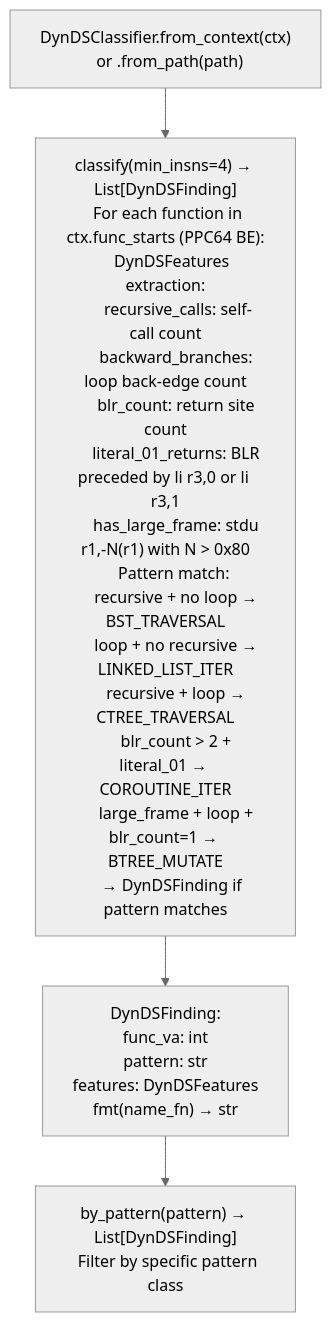
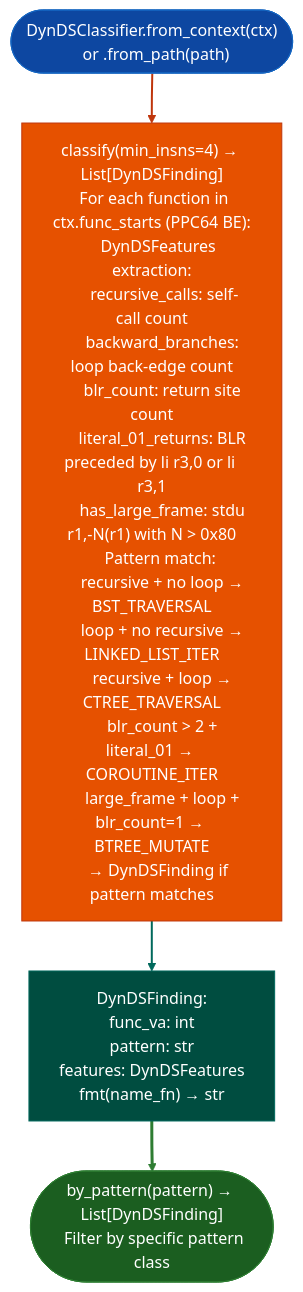
Before and after one commit to Ablation-Tool/ablation: the diagram in docs/reference-modules/crypto-c2-encoding-indicators.md, drawn with Mermaid (neutral theme). The commit also changed 320 other files, not shown here.

First line of the commit message:
docs: apply canonical Mermaid template to all 321 diagrams

````diff
--- a/docs/reference-modules/crypto-c2-encoding-indicators.md
+++ b/docs/reference-modules/crypto-c2-encoding-indicators.md
@@ -19,6 +19,15 @@
 ```mermaid
 flowchart TD
-    A["DynDSClassifier.from_context(ctx)\n  or .from_path(path)"] --> B["classify(min_insns=4) → List[DynDSFinding]\n  For each function in ctx.func_starts (PPC64 BE):\n    DynDSFeatures extraction:\n      recursive_calls: self-call count\n      backward_branches: loop back-edge count\n      blr_count: return site count\n      literal_01_returns: BLR preceded by li r3,0 or li r3,1\n      has_large_frame: stdu r1,-N(r1) with N > 0x80\n    Pattern match:\n      recursive + no loop → BST_TRAVERSAL\n      loop + no recursive → LINKED_LIST_ITER\n      recursive + loop → CTREE_TRAVERSAL\n      blr_count > 2 + literal_01 → COROUTINE_ITER\n      large_frame + loop + blr_count=1 → BTREE_MUTATE\n    → DynDSFinding if pattern matches"]
-    B --> C["DynDSFinding:\n  func_va: int\n  pattern: str\n  features: DynDSFeatures\n  fmt(name_fn) → str"]
-    C --> D["by_pattern(pattern) → List[DynDSFinding]\n  Filter by specific pattern class"]
+    A(["DynDSClassifier.from_context(ctx)\n  or .from_path(path)"]):::input --> B["classify(min_insns=4) → List[DynDSFinding]\n  For each function in ctx.func_starts (PPC64 BE):\n    DynDSFeatures extraction:\n      recursive_calls: self-call count\n      backward_branches: loop back-edge count\n      blr_count: return site count\n      literal_01_returns: BLR preceded by li r3,0 or li r3,1\n      has_large_frame: stdu r1,-N(r1) with N > 0x80\n    Pattern match:\n      recursive + no loop → BST_TRAVERSAL\n      loop + no recursive → LINKED_LIST_ITER\n      recursive + loop → CTREE_TRAVERSAL\n      blr_count > 2 + literal_01 → COROUTINE_ITER\n      large_frame + loop + blr_count=1 → BTREE_MUTATE\n    → DynDSFinding if pattern matches"]:::primary
+    B:::primary --> C["DynDSFinding:\n  func_va: int\n  pattern: str\n  features: DynDSFeatures\n  fmt(name_fn) → str"]:::secondary
+    C:::secondary --> D(["by_pattern(pattern) → List[DynDSFinding]\n  Filter by specific pattern class"]):::output
+    classDef input     fill:#0d47a1,stroke:#1565c0,color:#fff
+    classDef primary   fill:#e65100,stroke:#bf360c,color:#fff
+    classDef secondary fill:#004d40,stroke:#00695c,color:#fff
+    classDef tertiary  fill:#4a148c,stroke:#6a1b9a,color:#fff
+    classDef neutral   fill:#37474f,stroke:#546e7a,color:#fff
+    classDef output    fill:#1b5e20,stroke:#2e7d32,color:#fff
+    linkStyle 0 stroke:#bf360c,stroke-width:2px
+    linkStyle 1 stroke:#00695c,stroke-width:2px
+    linkStyle 2 stroke:#2e7d32,stroke-width:3px
 ```
````
